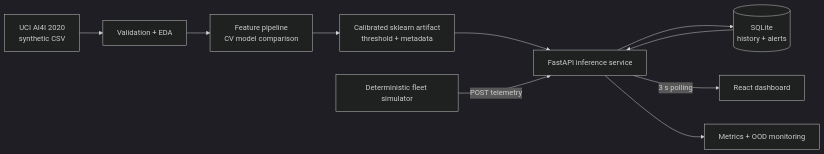
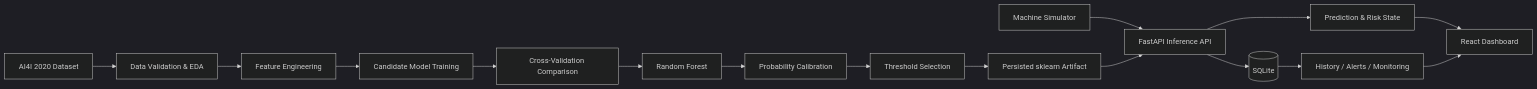
One commit to hardhik2002/MaintAI changed the diagram in README.md. Above: the diagram before and after it, drawn with Mermaid (dark theme). The commit also changed other lines of this file and 5 other files, not shown here.

````diff
--- a/README.md
+++ b/README.md
@@ -39,12 +71,19 @@
 ```mermaid
 flowchart LR
-    UCI[UCI AI4I 2020<br/>synthetic CSV] --> V[Validation + EDA]
-    V --> T[Feature pipeline<br/>CV model comparison]
-    T --> A[Calibrated sklearn artifact<br/>threshold + metadata]
-    A --> API[FastAPI inference service]
-    SIM[Deterministic fleet simulator] -->|POST telemetry| API
-    API --> DB[(SQLite<br/>history + alerts)]
-    DB --> API
-    API -->|3 s polling| UI[React dashboard]
-    API --> MON[Metrics + OOD monitoring]
+    A[AI4I 2020 Dataset] --> B[Data Validation & EDA]
+    B --> C[Feature Engineering]
+    C --> D[Candidate Model Training]
+    D --> E[Cross-Validation Comparison]
+    E --> F[Random Forest]
+    F --> G[Probability Calibration]
+    G --> H[Threshold Selection]
+    H --> I[Persisted sklearn Artifact]
+
+    J[Machine Simulator] --> K[FastAPI Inference API]
+    I --> K
+    K --> L[(SQLite)]
+    K --> M[Prediction & Risk State]
+    L --> N[History / Alerts / Monitoring]
+    M --> O[React Dashboard]
+    N --> O
 ```
````
